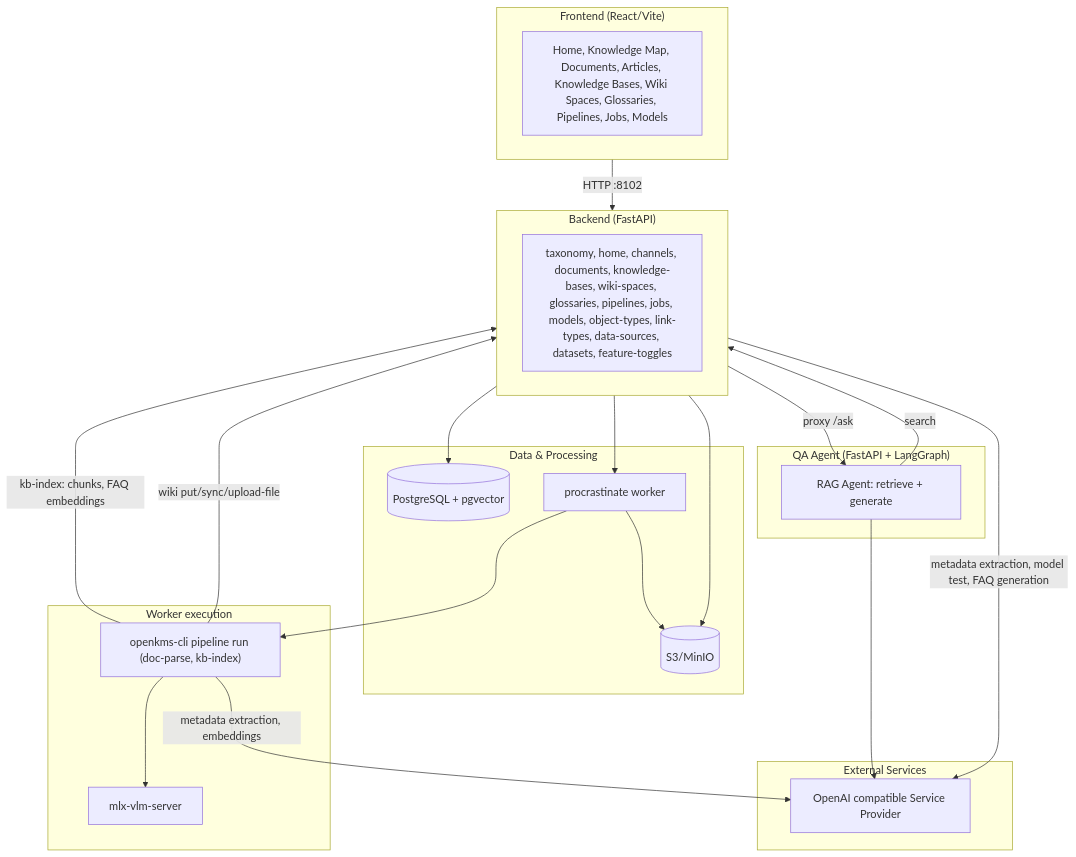
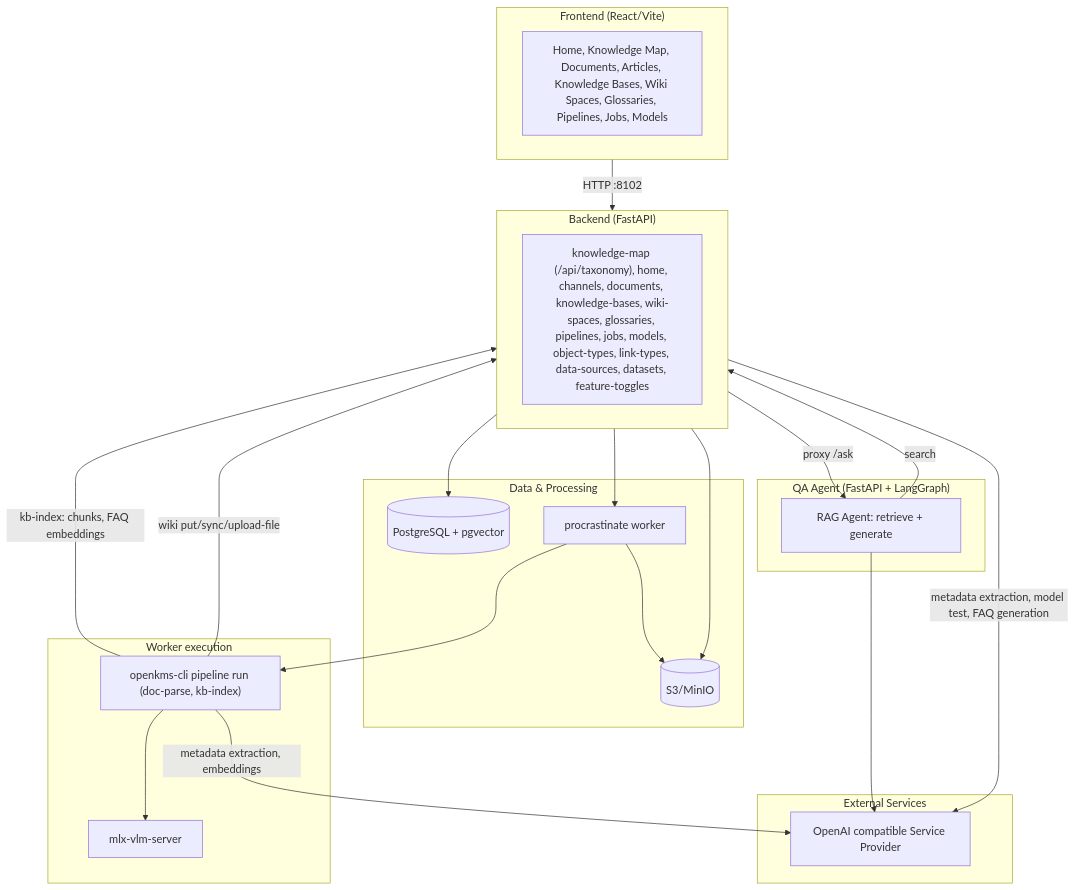
Before and after one commit to yingrui/openKMS: the first of 5 diagrams in docs/architecture.md, drawn with Mermaid. The commit also changed other lines of this file and 19 other files, not shown here.

First line of the commit message:
refactor: Knowledge Map code paths (replace Taxonomy modules)

````diff
--- a/docs/architecture.md
+++ b/docs/architecture.md
@@ -7,44 +7,44 @@
 ```mermaid
 flowchart TB
   subgraph Frontend["Frontend (React/Vite)"]
     FE["Home, Knowledge Map, Documents, Articles, Knowledge Bases, Wiki Spaces, Glossaries, Pipelines, Jobs, Models"]
   end
 
   subgraph Backend["Backend (FastAPI)"]
-    API["taxonomy, home, channels, documents, knowledge-bases, wiki-spaces, glossaries, pipelines, jobs, models, object-types, link-types, data-sources, datasets, feature-toggles"]
+    API["knowledge-map (/api/taxonomy), home, channels, documents, knowledge-bases, wiki-spaces, glossaries, pipelines, jobs, models, object-types, link-types, data-sources, datasets, feature-toggles"]
   end
 
   subgraph Storage["Data & Processing"]
     PG[("PostgreSQL + pgvector")]
     S3[(S3/MinIO)]
     Worker["procrastinate worker"]
   end
 
   subgraph WorkerDetail["Worker execution"]
     CLI["openkms-cli pipeline run (doc-parse, kb-index)"]
     VLM["mlx-vlm-server"]
   end
 
   subgraph QAAgent["QA Agent (FastAPI + LangGraph)"]
     Agent["RAG Agent: retrieve + generate"]
   end
 
   subgraph External["External Services"]
     LLM["OpenAI compatible Service Provider"]
   end
 
   Frontend -->|HTTP :8102| Backend
   Backend --> PG
   Backend --> S3
   Backend --> Worker
   Backend -->|metadata extraction, model test, FAQ generation| LLM
   Backend -->|proxy /ask| Agent
   Agent -->|search| Backend
   Agent --> LLM
   Worker --> S3
   Worker --> CLI
   CLI --> VLM
   CLI -->|metadata extraction, embeddings| LLM
   CLI -->|kb-index: chunks, FAQ embeddings| Backend
   CLI -->|wiki put/sync/upload-file| Backend
 ```
````
